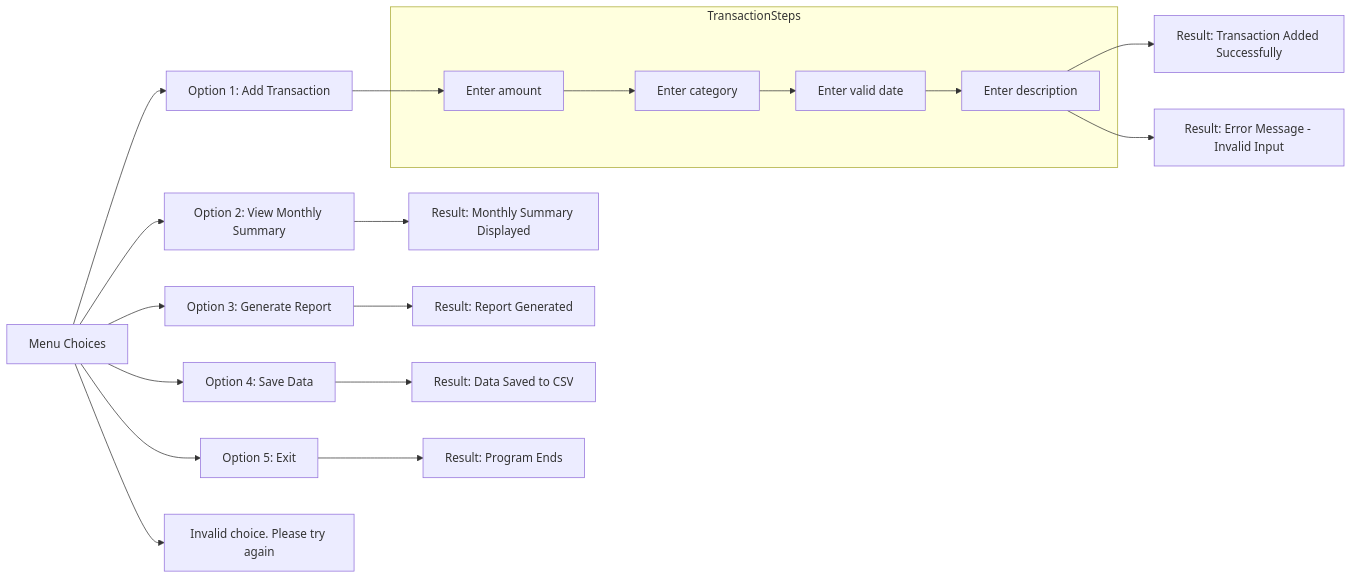
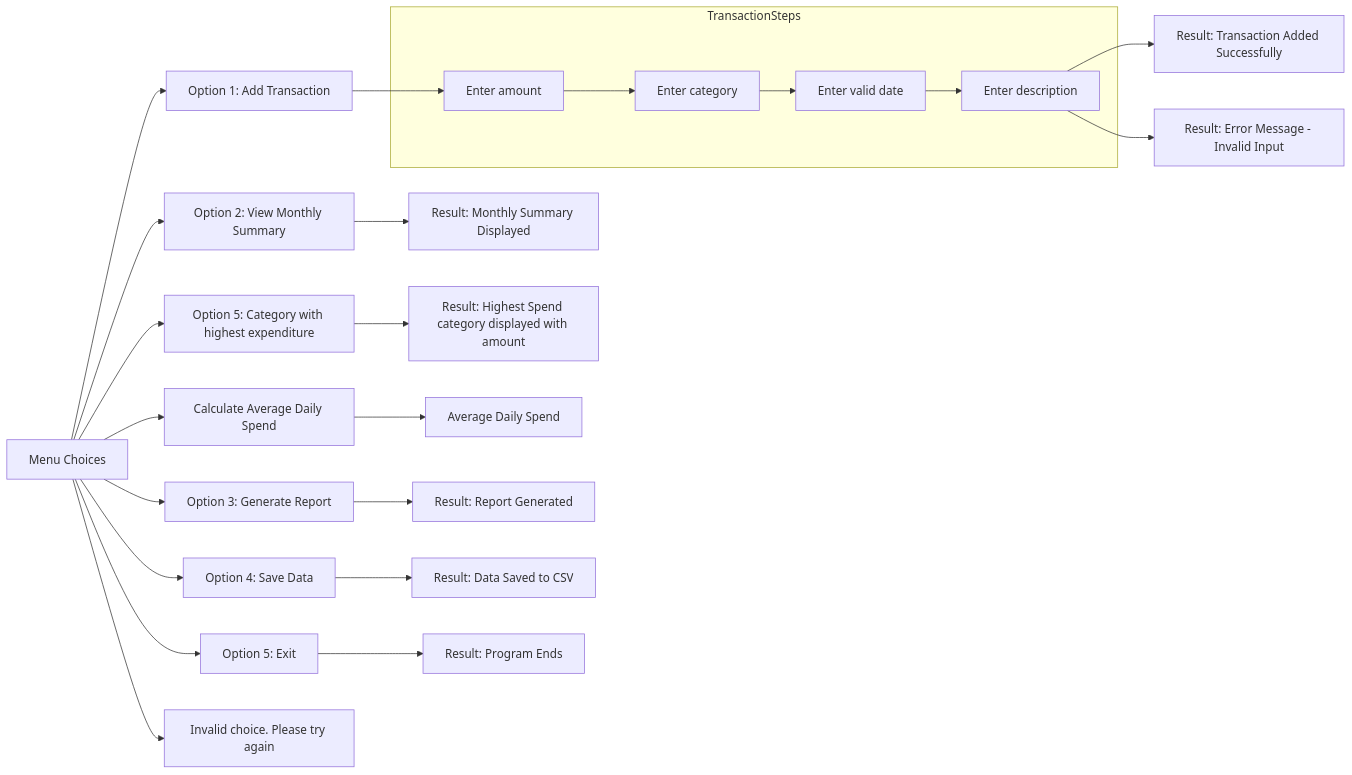
The first of 3 diagrams in README.md (Kemar-Brown/CS50project), drawn with Mermaid before and after one commit. The commit also changed other lines of this file, not shown here.

````diff
--- a/README.md
+++ b/README.md
@@ -186,30 +222,35 @@
 ```mermaid
 flowchart LR
     A[Menu Choices] --> B[Option 1: Add Transaction]
     A --> C[Option 2: View Monthly Summary]
     A --> D[Option 3: Generate Report]
     A --> E[Option 4: Save Data]
+    A --> C1[Option 5: Category with highest expenditure]
+    A --> C2[Calculate Average Daily Spend]
+
     A --> F[Option 5: Exit]
-
+    
     %% Results of each option
     B --> L
     C --> H[Result: Monthly Summary Displayed]
+    C1 --> C3[Result: Highest Spend category displayed with amount]
+    C2 --> C4[Average Daily Spend]
     D --> I[Result: Report Generated]
     E --> J[Result: Data Saved to CSV]
     F --> K[Result: Program Ends]
 
     %% Transaction steps expanded
     subgraph TransactionSteps
         L[Enter amount] --> M[Enter category]
         M --> N[Enter valid date]
         N --> O[Enter description]
     end
 
     %% Two possible outcomes after transaction steps
     O --> G[Result: Transaction Added Successfully]
     O --> G2[Result: Error Message - Invalid Input]
 
     %% Invalid choice branch
     A --> P[Invalid choice. Please try again]
 
 ```
````
